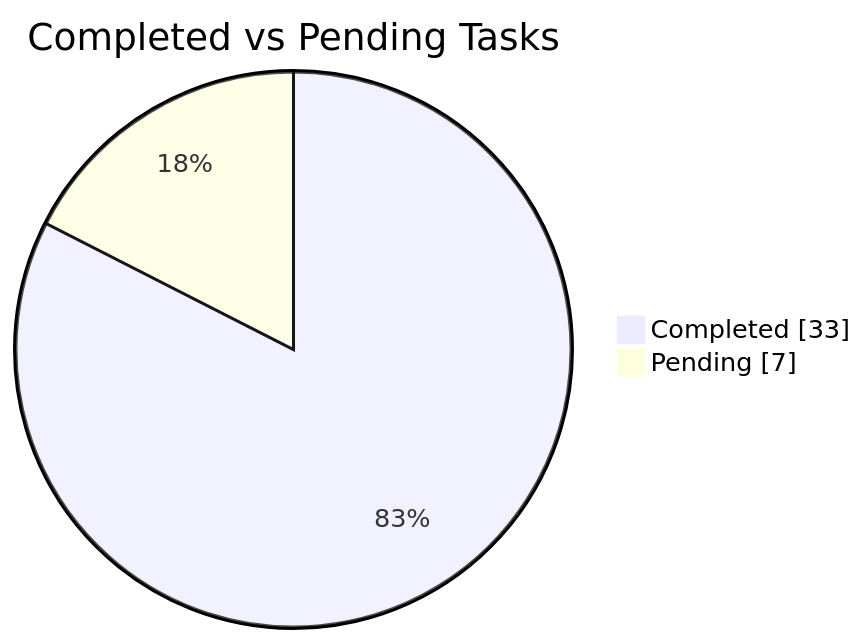
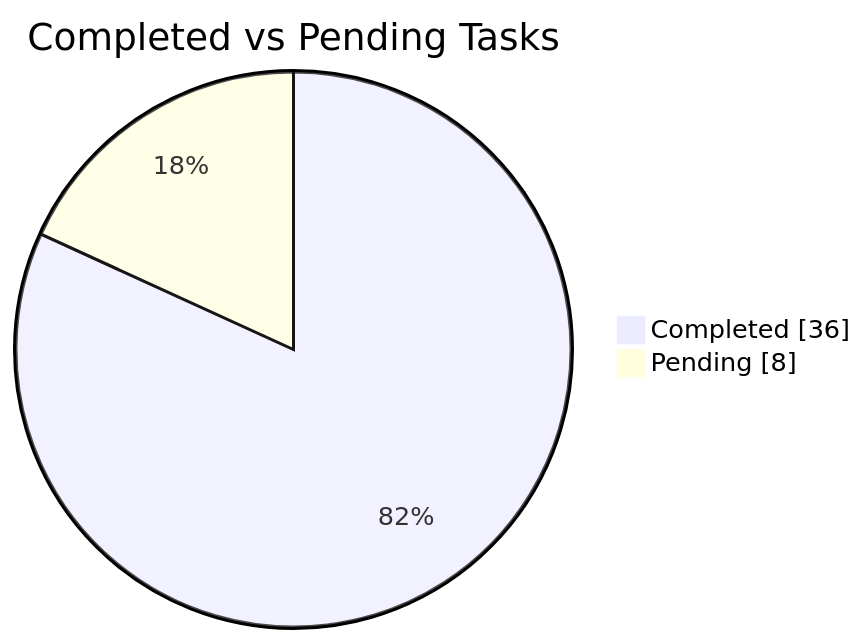
One commit to Realityspeaker/My-Work-Diary changed the second of 3 diagrams in Global_Summary.md. Above: the diagram before and after it, drawn with Mermaid. The commit also changed other lines of this file, not shown here.

````diff
--- a/Global_Summary.md
+++ b/Global_Summary.md
@@ -39,6 +40,6 @@
 ```mermaid
 pie showData
     title Completed vs Pending Tasks
-    "Completed" : 33
-    "Pending" : 7
+    "Completed" : 36
+    "Pending" : 8
 ```
````
